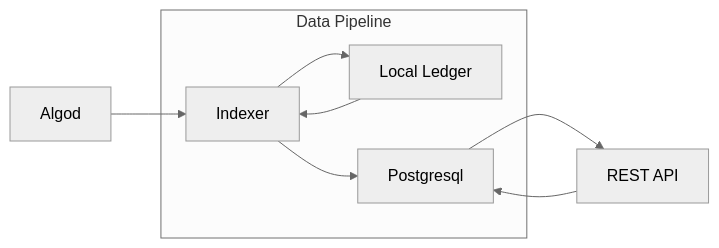
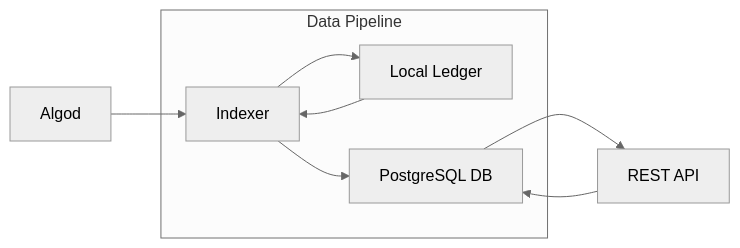
Before and after one commit to algorand/conduit: the first of 5 diagrams in docs/tutorials/IndexerMigration.md, drawn with Mermaid (neutral theme). The commit also changed other lines of this file and 3 other files, not shown here.

````diff
--- a/docs/tutorials/IndexerMigration.md
+++ b/docs/tutorials/IndexerMigration.md
@@ -22,17 +22,17 @@
 ```mermaid
 graph LR;
     algod["Algod"]
     index["Indexer"]
     ledger["Local Ledger"]
-    psql["Postgresql"]
+    db["PostgreSQL DB"]
     restapi["REST API"]
     
     algod-->index;
     subgraph "Data Pipeline"
         index-->ledger;
         ledger-->index;
-        index-->psql;
+        index-->db;
     end
-    psql-->restapi;
-    restapi-->psql;
+    db-->restapi;
+    restapi-->db;
 ```
````
